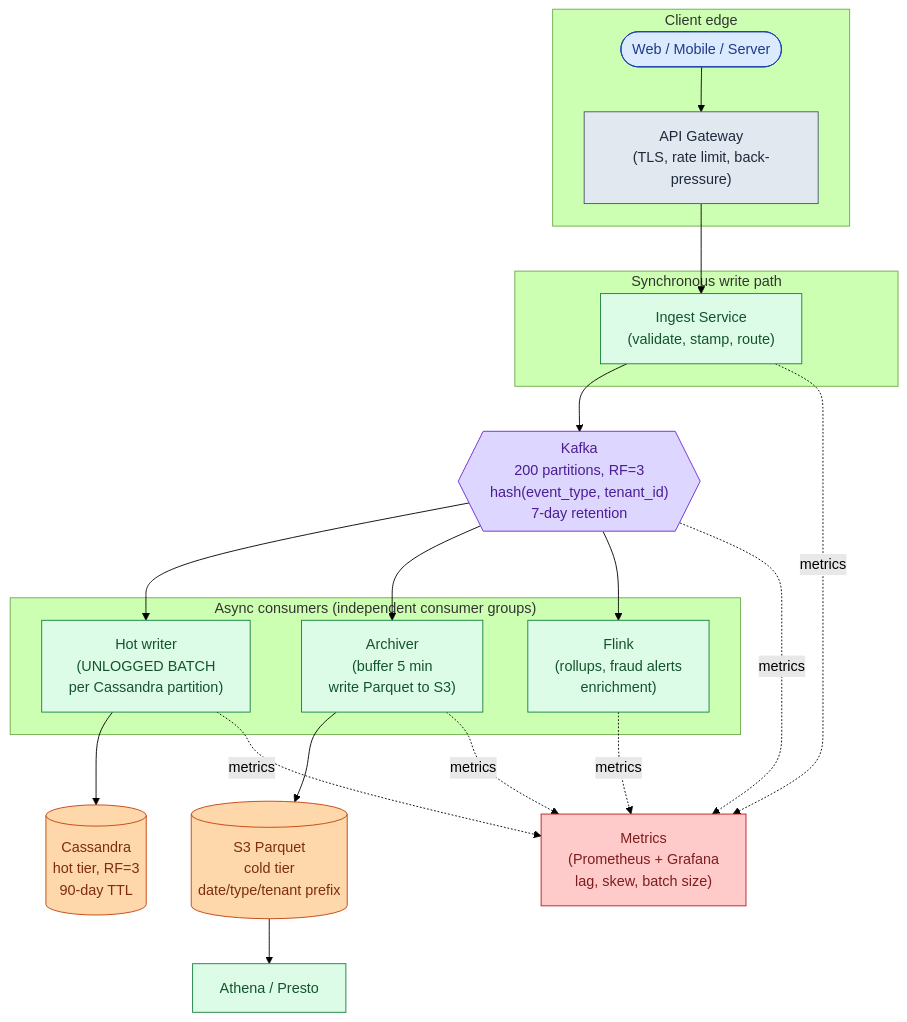
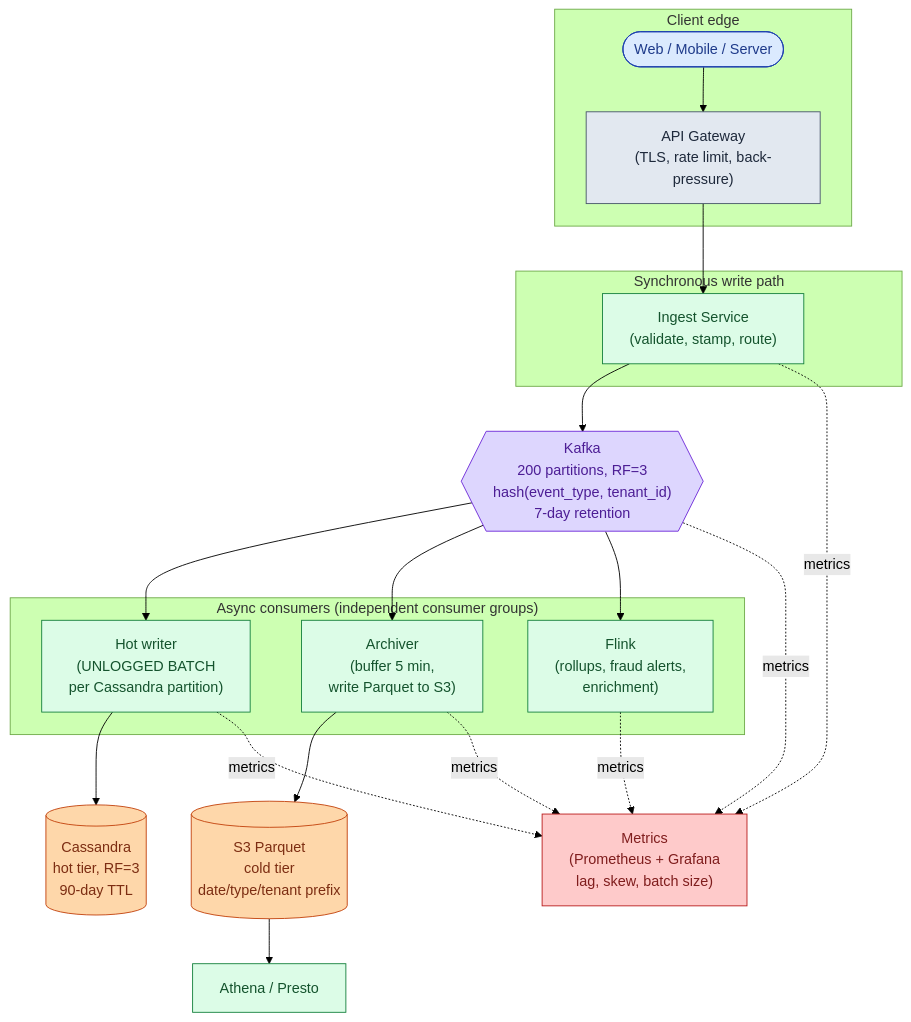
The tenth of 21 diagrams in _practice/system-design/018-write-heavy-patterns.md (shiningflash/shiningflash.github.io), drawn with Mermaid (forest theme) before and after one commit. The commit also changed other lines of this file and 18 other files, not shown here.

````diff
--- a/_practice/system-design/018-write-heavy-patterns.md
+++ b/_practice/system-design/018-write-heavy-patterns.md
@@ -375,37 +327,37 @@
 ```mermaid
 flowchart TB
     subgraph Edge["Client edge"]
         P([Web / Mobile / Server]):::user
         GW["API Gateway<br/>(TLS, rate limit, back-pressure)"]:::edge
     end
 
     subgraph WritePath["Synchronous write path"]
         IS["Ingest Service<br/>(validate, stamp, route)"]:::app
     end
 
     K{{"Kafka<br/>200 partitions, RF=3<br/>hash(event_type, tenant_id)<br/>7-day retention"}}:::queue
 
     subgraph Consumers["Async consumers (independent consumer groups)"]
         HW["Hot writer<br/>(UNLOGGED BATCH<br/>per Cassandra partition)"]:::app
-        AR["Archiver<br/>(buffer 5 min<br/>write Parquet to S3)"]:::app
-        FL["Flink<br/>(rollups, fraud alerts<br/>enrichment)"]:::app
+        AR["Archiver<br/>(buffer 5 min,<br/>write Parquet to S3)"]:::app
+        FL["Flink<br/>(rollups, fraud alerts,<br/>enrichment)"]:::app
     end
 
     CS[("Cassandra<br/>hot tier, RF=3<br/>90-day TTL")]:::db
     S3[("S3 Parquet<br/>cold tier<br/>date/type/tenant prefix")]:::db
     AT["Athena / Presto"]:::app
     OB["Metrics<br/>(Prometheus + Grafana<br/>lag, skew, batch size)"]:::cache
 
     P --> GW --> IS --> K
     K --> HW --> CS
     K --> AR --> S3 --> AT
     K --> FL
     IS & K & HW & AR & FL -.metrics.-> OB
 
     classDef user  fill:#dbeafe,stroke:#1e40af,color:#1e3a8a
     classDef edge  fill:#e2e8f0,stroke:#475569,color:#1e293b
     classDef app   fill:#dcfce7,stroke:#15803d,color:#14532d
     classDef db    fill:#fed7aa,stroke:#c2410c,color:#7c2d12
     classDef cache fill:#fecaca,stroke:#b91c1c,color:#7f1d1d
     classDef queue fill:#ddd6fe,stroke:#6d28d9,color:#4c1d95
 ```
````
